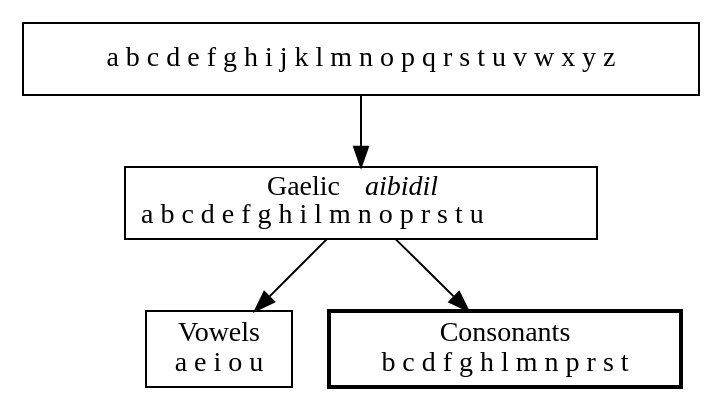
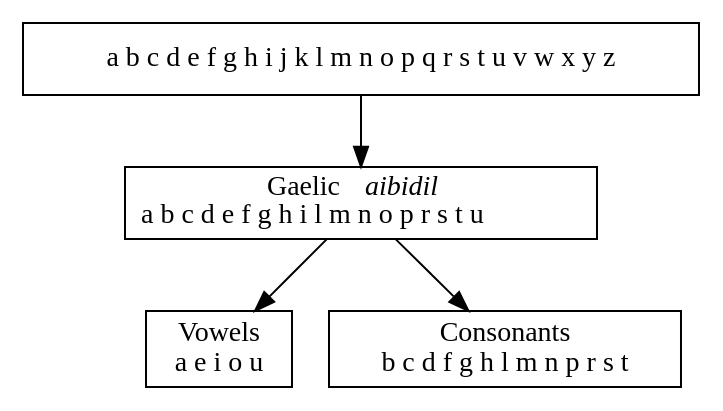
Before and after one commit to ComputationalGaelic/GaelicDiagrams: the diagram in gaelic_diagrams/spelling/gaelic_consonants.dot, drawn with Graphviz. The commit also changed 2 other files, not shown here.

```diff
--- a/gaelic_diagrams/spelling/gaelic_consonants.dot
+++ b/gaelic_diagrams/spelling/gaelic_consonants.dot
@@ -1,13 +1,13 @@
 digraph gaelic_consonants {
 	node [shape = box];
 	/* nodes */
 	latin			[label="a b c d e f g h i j k l m n o p q r s t u v w x y z"];
 	aibidil			[label=<Gaelic <i>aibidil</i><br/>a b c d e f g h i l m n o p r s t u>];
 	vowels			[label="Vowels\na e i o u"];
-	consonants		[label="Consonants\nb c d f g h l m n p r s t", style="bold"];
+	consonants		[label="Consonants\nb c d f g h l m n p r s t"];
 	/* graph */
 	latin -> aibidil;
 	aibidil -> {vowels, consonants};
 	/* layout */
 	{rank=same; vowels, consonants}
 }
```
